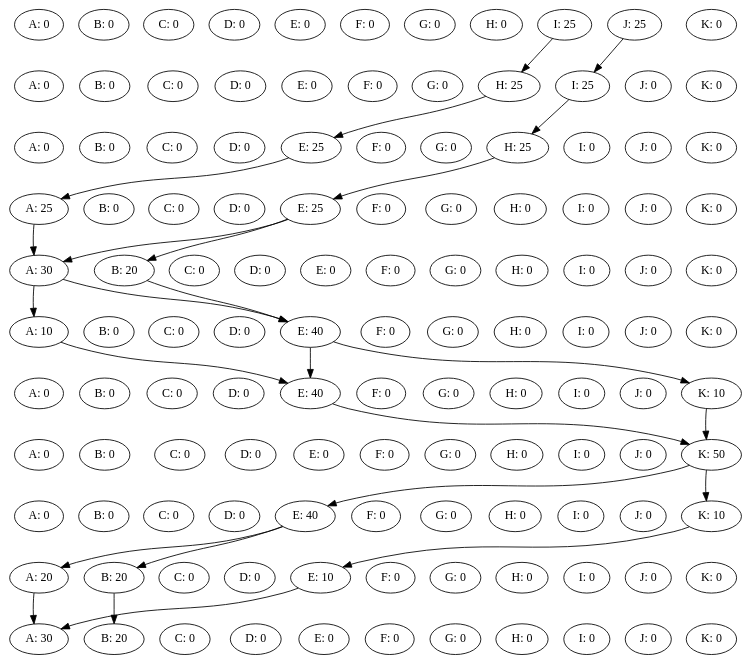
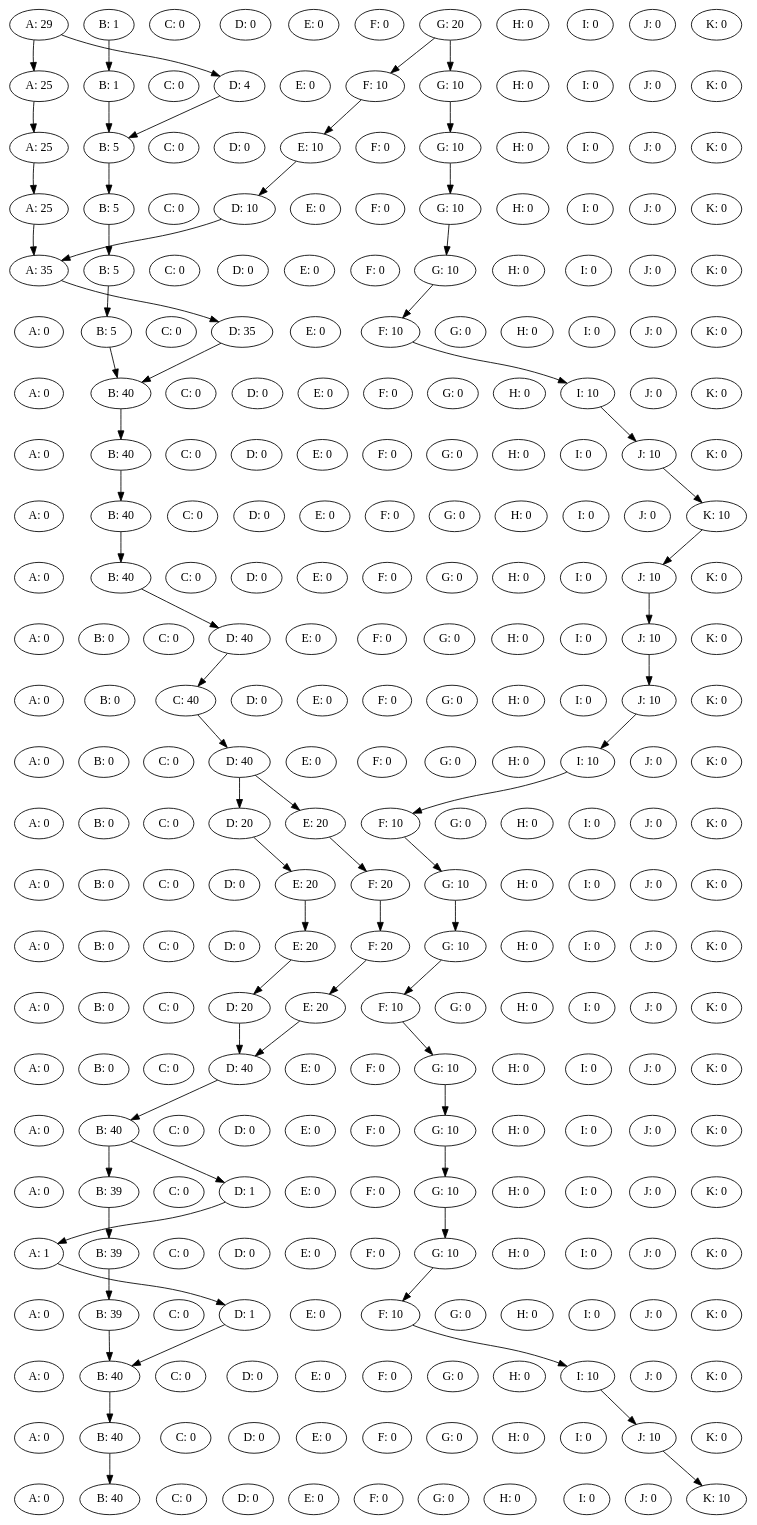
Before and after one commit to TieneSabor/slugs_swarmPlanner: the diagram in Patched.dot, drawn with Graphviz. The commit also changed 32 other files, not shown here.

```diff
--- a/Patched.dot
+++ b/Patched.dot
@@ -1,98 +1,107 @@
 digraph {
-A0 [label="A: 0"];
-B0 [label="B: 0"];
+A0 [label="A: 29"];
+B0 [label="B: 1"];
 C0 [label="C: 0"];
 D0 [label="D: 0"];
 E0 [label="E: 0"];
 F0 [label="F: 0"];
-G0 [label="G: 0"];
+G0 [label="G: 20"];
 H0 [label="H: 0"];
-I0 [label="I: 25"];
-J0 [label="J: 25"];
+I0 [label="I: 0"];
+J0 [label="J: 0"];
 K0 [label="K: 0"];
-rank = same {A0 -> B0 -> C0 -> D0 -> E0 -> F0 -> G0 -> H0 -> I0 -> J0 -> K0 [style=invis] }A1 [label="A: 0"];
-B1 [label="B: 0"];
+rank = same {A0 -> B0 -> C0 -> D0 -> E0 -> F0 -> G0 -> H0 -> I0 -> J0 -> K0 [style=invis] }A1 [label="A: 25"];
+B1 [label="B: 1"];
 C1 [label="C: 0"];
-D1 [label="D: 0"];
+D1 [label="D: 4"];
 E1 [label="E: 0"];
-F1 [label="F: 0"];
-G1 [label="G: 0"];
-H1 [label="H: 25"];
-I1 [label="I: 25"];
+F1 [label="F: 10"];
+G1 [label="G: 10"];
+H1 [label="H: 0"];
+I1 [label="I: 0"];
 J1 [label="J: 0"];
 K1 [label="K: 0"];
-rank = same {A1 -> B1 -> C1 -> D1 -> E1 -> F1 -> G1 -> H1 -> I1 -> J1 -> K1 [style=invis] }I0 -> H1
-J0 -> I1
-A2 [label="A: 0"];
-B2 [label="B: 0"];
+rank = same {A1 -> B1 -> C1 -> D1 -> E1 -> F1 -> G1 -> H1 -> I1 -> J1 -> K1 [style=invis] }A0 -> A1
+A0 -> D1
+B0 -> B1
+G0 -> F1
+G0 -> G1
+A2 [label="A: 25"];
+B2 [label="B: 5"];
 C2 [label="C: 0"];
 D2 [label="D: 0"];
-E2 [label="E: 25"];
+E2 [label="E: 10"];
 F2 [label="F: 0"];
-G2 [label="G: 0"];
-H2 [label="H: 25"];
+G2 [label="G: 10"];
+H2 [label="H: 0"];
 I2 [label="I: 0"];
 J2 [label="J: 0"];
 K2 [label="K: 0"];
-rank = same {A2 -> B2 -> C2 -> D2 -> E2 -> F2 -> G2 -> H2 -> I2 -> J2 -> K2 [style=invis] }H1 -> E2
-I1 -> H2
+rank = same {A2 -> B2 -> C2 -> D2 -> E2 -> F2 -> G2 -> H2 -> I2 -> J2 -> K2 [style=invis] }A1 -> A2
+B1 -> B2
+D1 -> B2
+F1 -> E2
+G1 -> G2
 A3 [label="A: 25"];
-B3 [label="B: 0"];
+B3 [label="B: 5"];
 C3 [label="C: 0"];
-D3 [label="D: 0"];
-E3 [label="E: 25"];
+D3 [label="D: 10"];
+E3 [label="E: 0"];
 F3 [label="F: 0"];
-G3 [label="G: 0"];
+G3 [label="G: 10"];
 H3 [label="H: 0"];
 I3 [label="I: 0"];
 J3 [label="J: 0"];
 K3 [label="K: 0"];
-rank = same {A3 -> B3 -> C3 -> D3 -> E3 -> F3 -> G3 -> H3 -> I3 -> J3 -> K3 [style=invis] }E2 -> A3
-H2 -> E3
-A4 [label="A: 30"];
-B4 [label="B: 20"];
+rank = same {A3 -> B3 -> C3 -> D3 -> E3 -> F3 -> G3 -> H3 -> I3 -> J3 -> K3 [style=invis] }A2 -> A3
+B2 -> B3
+E2 -> D3
+G2 -> G3
+A4 [label="A: 35"];
+B4 [label="B: 5"];
 C4 [label="C: 0"];
 D4 [label="D: 0"];
 E4 [label="E: 0"];
 F4 [label="F: 0"];
-G4 [label="G: 0"];
+G4 [label="G: 10"];
 H4 [label="H: 0"];
 I4 [label="I: 0"];
 J4 [label="J: 0"];
 K4 [label="K: 0"];
 rank = same {A4 -> B4 -> C4 -> D4 -> E4 -> F4 -> G4 -> H4 -> I4 -> J4 -> K4 [style=invis] }A3 -> A4
-E3 -> A4
-E3 -> B4
-A5 [label="A: 10"];
-B5 [label="B: 0"];
+B3 -> B4
+D3 -> A4
+G3 -> G4
+A5 [label="A: 0"];
+B5 [label="B: 5"];
 C5 [label="C: 0"];
-D5 [label="D: 0"];
-E5 [label="E: 40"];
-F5 [label="F: 0"];
+D5 [label="D: 35"];
+E5 [label="E: 0"];
+F5 [label="F: 10"];
 G5 [label="G: 0"];
 H5 [label="H: 0"];
 I5 [label="I: 0"];
 J5 [label="J: 0"];
 K5 [label="K: 0"];
-rank = same {A5 -> B5 -> C5 -> D5 -> E5 -> F5 -> G5 -> H5 -> I5 -> J5 -> K5 [style=invis] }A4 -> A5
-A4 -> E5
-B4 -> E5
+rank = same {A5 -> B5 -> C5 -> D5 -> E5 -> F5 -> G5 -> H5 -> I5 -> J5 -> K5 [style=invis] }A4 -> D5
+B4 -> B5
+G4 -> F5
 A6 [label="A: 0"];
-B6 [label="B: 0"];
+B6 [label="B: 40"];
 C6 [label="C: 0"];
 D6 [label="D: 0"];
-E6 [label="E: 40"];
+E6 [label="E: 0"];
 F6 [label="F: 0"];
 G6 [label="G: 0"];
 H6 [label="H: 0"];
-I6 [label="I: 0"];
+I6 [label="I: 10"];
 J6 [label="J: 0"];
-K6 [label="K: 10"];
-rank = same {A6 -> B6 -> C6 -> D6 -> E6 -> F6 -> G6 -> H6 -> I6 -> J6 -> K6 [style=invis] }A5 -> E6
-E5 -> E6
-E5 -> K6
+K6 [label="K: 0"];
+rank = same {A6 -> B6 -> C6 -> D6 -> E6 -> F6 -> G6 -> H6 -> I6 -> J6 -> K6 [style=invis] }B5 -> B6
+D5 -> B6
+F5 -> I6
 A7 [label="A: 0"];
-B7 [label="B: 0"];
+B7 [label="B: 40"];
 C7 [label="C: 0"];
 D7 [label="D: 0"];
 E7 [label="E: 0"];
@@ -100,51 +109,240 @@
 G7 [label="G: 0"];
 H7 [label="H: 0"];
 I7 [label="I: 0"];
-J7 [label="J: 0"];
-K7 [label="K: 50"];
-rank = same {A7 -> B7 -> C7 -> D7 -> E7 -> F7 -> G7 -> H7 -> I7 -> J7 -> K7 [style=invis] }E6 -> K7
-K6 -> K7
+J7 [label="J: 10"];
+K7 [label="K: 0"];
+rank = same {A7 -> B7 -> C7 -> D7 -> E7 -> F7 -> G7 -> H7 -> I7 -> J7 -> K7 [style=invis] }B6 -> B7
+I6 -> J7
 A8 [label="A: 0"];
-B8 [label="B: 0"];
+B8 [label="B: 40"];
 C8 [label="C: 0"];
 D8 [label="D: 0"];
-E8 [label="E: 40"];
+E8 [label="E: 0"];
 F8 [label="F: 0"];
 G8 [label="G: 0"];
 H8 [label="H: 0"];
 I8 [label="I: 0"];
 J8 [label="J: 0"];
 K8 [label="K: 10"];
-rank = same {A8 -> B8 -> C8 -> D8 -> E8 -> F8 -> G8 -> H8 -> I8 -> J8 -> K8 [style=invis] }K7 -> E8
-K7 -> K8
-A9 [label="A: 20"];
-B9 [label="B: 20"];
+rank = same {A8 -> B8 -> C8 -> D8 -> E8 -> F8 -> G8 -> H8 -> I8 -> J8 -> K8 [style=invis] }B7 -> B8
+J7 -> K8
+A9 [label="A: 0"];
+B9 [label="B: 40"];
 C9 [label="C: 0"];
 D9 [label="D: 0"];
-E9 [label="E: 10"];
+E9 [label="E: 0"];
 F9 [label="F: 0"];
 G9 [label="G: 0"];
 H9 [label="H: 0"];
 I9 [label="I: 0"];
-J9 [label="J: 0"];
+J9 [label="J: 10"];
 K9 [label="K: 0"];
-rank = same {A9 -> B9 -> C9 -> D9 -> E9 -> F9 -> G9 -> H9 -> I9 -> J9 -> K9 [style=invis] }E8 -> A9
-E8 -> B9
-K8 -> E9
-A10 [label="A: 30"];
-B10 [label="B: 20"];
+rank = same {A9 -> B9 -> C9 -> D9 -> E9 -> F9 -> G9 -> H9 -> I9 -> J9 -> K9 [style=invis] }B8 -> B9
+K8 -> J9
+A10 [label="A: 0"];
+B10 [label="B: 0"];
 C10 [label="C: 0"];
-D10 [label="D: 0"];
+D10 [label="D: 40"];
 E10 [label="E: 0"];
 F10 [label="F: 0"];
 G10 [label="G: 0"];
 H10 [label="H: 0"];
 I10 [label="I: 0"];
-J10 [label="J: 0"];
+J10 [label="J: 10"];
 K10 [label="K: 0"];
-rank = same {A10 -> B10 -> C10 -> D10 -> E10 -> F10 -> G10 -> H10 -> I10 -> J10 -> K10 [style=invis] }A9 -> A10
-B9 -> B10
-E9 -> A10
-A0 -> A1 -> A2 -> A3 -> A4 -> A5 -> A6 -> A7 -> A8 -> A9 -> A10 [ style=invis; weight=1000 ]
-K0 -> K1 -> K2 -> K3 -> K4 -> K5 -> K6 -> K7 -> K8 -> K9 -> K10 [ style=invis; weight=1000 ]
+rank = same {A10 -> B10 -> C10 -> D10 -> E10 -> F10 -> G10 -> H10 -> I10 -> J10 -> K10 [style=invis] }B9 -> D10
+J9 -> J10
+A11 [label="A: 0"];
+B11 [label="B: 0"];
+C11 [label="C: 40"];
+D11 [label="D: 0"];
+E11 [label="E: 0"];
+F11 [label="F: 0"];
+G11 [label="G: 0"];
+H11 [label="H: 0"];
+I11 [label="I: 0"];
+J11 [label="J: 10"];
+K11 [label="K: 0"];
+rank = same {A11 -> B11 -> C11 -> D11 -> E11 -> F11 -> G11 -> H11 -> I11 -> J11 -> K11 [style=invis] }D10 -> C11
+J10 -> J11
+A12 [label="A: 0"];
+B12 [label="B: 0"];
+C12 [label="C: 0"];
+D12 [label="D: 40"];
+E12 [label="E: 0"];
+F12 [label="F: 0"];
+G12 [label="G: 0"];
+H12 [label="H: 0"];
+I12 [label="I: 10"];
+J12 [label="J: 0"];
+K12 [label="K: 0"];
+rank = same {A12 -> B12 -> C12 -> D12 -> E12 -> F12 -> G12 -> H12 -> I12 -> J12 -> K12 [style=invis] }C11 -> D12
+J11 -> I12
+A13 [label="A: 0"];
+B13 [label="B: 0"];
+C13 [label="C: 0"];
+D13 [label="D: 20"];
+E13 [label="E: 20"];
+F13 [label="F: 10"];
+G13 [label="G: 0"];
+H13 [label="H: 0"];
+I13 [label="I: 0"];
+J13 [label="J: 0"];
+K13 [label="K: 0"];
+rank = same {A13 -> B13 -> C13 -> D13 -> E13 -> F13 -> G13 -> H13 -> I13 -> J13 -> K13 [style=invis] }D12 -> D13
+D12 -> E13
+I12 -> F13
+A14 [label="A: 0"];
+B14 [label="B: 0"];
+C14 [label="C: 0"];
+D14 [label="D: 0"];
+E14 [label="E: 20"];
+F14 [label="F: 20"];
+G14 [label="G: 10"];
+H14 [label="H: 0"];
+I14 [label="I: 0"];
+J14 [label="J: 0"];
+K14 [label="K: 0"];
+rank = same {A14 -> B14 -> C14 -> D14 -> E14 -> F14 -> G14 -> H14 -> I14 -> J14 -> K14 [style=invis] }D13 -> E14
+E13 -> F14
+F13 -> G14
+A15 [label="A: 0"];
+B15 [label="B: 0"];
+C15 [label="C: 0"];
+D15 [label="D: 0"];
+E15 [label="E: 20"];
+F15 [label="F: 20"];
+G15 [label="G: 10"];
+H15 [label="H: 0"];
+I15 [label="I: 0"];
+J15 [label="J: 0"];
+K15 [label="K: 0"];
+rank = same {A15 -> B15 -> C15 -> D15 -> E15 -> F15 -> G15 -> H15 -> I15 -> J15 -> K15 [style=invis] }E14 -> E15
+F14 -> F15
+G14 -> G15
+A16 [label="A: 0"];
+B16 [label="B: 0"];
+C16 [label="C: 0"];
+D16 [label="D: 20"];
+E16 [label="E: 20"];
+F16 [label="F: 10"];
+G16 [label="G: 0"];
+H16 [label="H: 0"];
+I16 [label="I: 0"];
+J16 [label="J: 0"];
+K16 [label="K: 0"];
+rank = same {A16 -> B16 -> C16 -> D16 -> E16 -> F16 -> G16 -> H16 -> I16 -> J16 -> K16 [style=invis] }E15 -> D16
+F15 -> E16
+G15 -> F16
+A17 [label="A: 0"];
+B17 [label="B: 0"];
+C17 [label="C: 0"];
+D17 [label="D: 40"];
+E17 [label="E: 0"];
+F17 [label="F: 0"];
+G17 [label="G: 10"];
+H17 [label="H: 0"];
+I17 [label="I: 0"];
+J17 [label="J: 0"];
+K17 [label="K: 0"];
+rank = same {A17 -> B17 -> C17 -> D17 -> E17 -> F17 -> G17 -> H17 -> I17 -> J17 -> K17 [style=invis] }D16 -> D17
+E16 -> D17
+F16 -> G17
+A18 [label="A: 0"];
+B18 [label="B: 40"];
+C18 [label="C: 0"];
+D18 [label="D: 0"];
+E18 [label="E: 0"];
+F18 [label="F: 0"];
+G18 [label="G: 10"];
+H18 [label="H: 0"];
+I18 [label="I: 0"];
+J18 [label="J: 0"];
+K18 [label="K: 0"];
+rank = same {A18 -> B18 -> C18 -> D18 -> E18 -> F18 -> G18 -> H18 -> I18 -> J18 -> K18 [style=invis] }D17 -> B18
+G17 -> G18
+A19 [label="A: 0"];
+B19 [label="B: 39"];
+C19 [label="C: 0"];
+D19 [label="D: 1"];
+E19 [label="E: 0"];
+F19 [label="F: 0"];
+G19 [label="G: 10"];
+H19 [label="H: 0"];
+I19 [label="I: 0"];
+J19 [label="J: 0"];
+K19 [label="K: 0"];
+rank = same {A19 -> B19 -> C19 -> D19 -> E19 -> F19 -> G19 -> H19 -> I19 -> J19 -> K19 [style=invis] }B18 -> B19
+B18 -> D19
+G18 -> G19
+A20 [label="A: 1"];
+B20 [label="B: 39"];
+C20 [label="C: 0"];
+D20 [label="D: 0"];
+E20 [label="E: 0"];
+F20 [label="F: 0"];
+G20 [label="G: 10"];
+H20 [label="H: 0"];
+I20 [label="I: 0"];
+J20 [label="J: 0"];
+K20 [label="K: 0"];
+rank = same {A20 -> B20 -> C20 -> D20 -> E20 -> F20 -> G20 -> H20 -> I20 -> J20 -> K20 [style=invis] }B19 -> B20
+D19 -> A20
+G19 -> G20
+A21 [label="A: 0"];
+B21 [label="B: 39"];
+C21 [label="C: 0"];
+D21 [label="D: 1"];
+E21 [label="E: 0"];
+F21 [label="F: 10"];
+G21 [label="G: 0"];
+H21 [label="H: 0"];
+I21 [label="I: 0"];
+J21 [label="J: 0"];
+K21 [label="K: 0"];
+rank = same {A21 -> B21 -> C21 -> D21 -> E21 -> F21 -> G21 -> H21 -> I21 -> J21 -> K21 [style=invis] }A20 -> D21
+B20 -> B21
+G20 -> F21
+A22 [label="A: 0"];
+B22 [label="B: 40"];
+C22 [label="C: 0"];
+D22 [label="D: 0"];
+E22 [label="E: 0"];
+F22 [label="F: 0"];
+G22 [label="G: 0"];
+H22 [label="H: 0"];
+I22 [label="I: 10"];
+J22 [label="J: 0"];
+K22 [label="K: 0"];
+rank = same {A22 -> B22 -> C22 -> D22 -> E22 -> F22 -> G22 -> H22 -> I22 -> J22 -> K22 [style=invis] }B21 -> B22
+D21 -> B22
+F21 -> I22
+A23 [label="A: 0"];
+B23 [label="B: 40"];
+C23 [label="C: 0"];
+D23 [label="D: 0"];
+E23 [label="E: 0"];
+F23 [label="F: 0"];
+G23 [label="G: 0"];
+H23 [label="H: 0"];
+I23 [label="I: 0"];
+J23 [label="J: 10"];
+K23 [label="K: 0"];
+rank = same {A23 -> B23 -> C23 -> D23 -> E23 -> F23 -> G23 -> H23 -> I23 -> J23 -> K23 [style=invis] }B22 -> B23
+I22 -> J23
+A24 [label="A: 0"];
+B24 [label="B: 40"];
+C24 [label="C: 0"];
+D24 [label="D: 0"];
+E24 [label="E: 0"];
+F24 [label="F: 0"];
+G24 [label="G: 0"];
+H24 [label="H: 0"];
+I24 [label="I: 0"];
+J24 [label="J: 0"];
+K24 [label="K: 10"];
+rank = same {A24 -> B24 -> C24 -> D24 -> E24 -> F24 -> G24 -> H24 -> I24 -> J24 -> K24 [style=invis] }B23 -> B24
+J23 -> K24
+A0 -> A1 -> A2 -> A3 -> A4 -> A5 -> A6 -> A7 -> A8 -> A9 -> A10 -> A11 -> A12 -> A13 -> A14 -> A15 -> A16 -> A17 -> A18 -> A19 -> A20 -> A21 -> A22 -> A23 -> A24 [ style=invis; weight=1000 ]
+K0 -> K1 -> K2 -> K3 -> K4 -> K5 -> K6 -> K7 -> K8 -> K9 -> K10 -> K11 -> K12 -> K13 -> K14 -> K15 -> K16 -> K17 -> K18 -> K19 -> K20 -> K21 -> K22 -> K23 -> K24 [ style=invis; weight=1000 ]
 }
```
